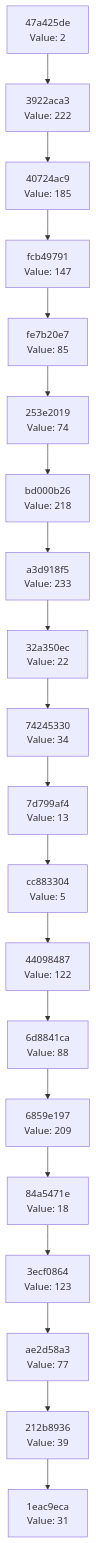
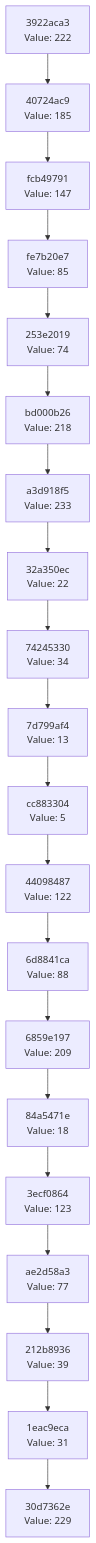
The diagram in docs/CHAIN_VISUALIZATION.md (Abhisheksinha1506/hash-chain-evolver), drawn with Mermaid before and after one commit. The commit also changed 1 other file, not shown here.

Commit message:
Evolution Step

````diff
--- a/docs/CHAIN_VISUALIZATION.md
+++ b/docs/CHAIN_VISUALIZATION.md
@@ -3,42 +3,42 @@
 ```mermaid
 graph TD
-    C0["1eac9eca<br/>Value: 31"]
-    C1["212b8936<br/>Value: 39"]
+    C0["30d7362e<br/>Value: 229"]
+    C1["1eac9eca<br/>Value: 31"]
     C1 --> C0
-    C2["ae2d58a3<br/>Value: 77"]
+    C2["212b8936<br/>Value: 39"]
     C2 --> C1
-    C3["3ecf0864<br/>Value: 123"]
+    C3["ae2d58a3<br/>Value: 77"]
     C3 --> C2
-    C4["84a5471e<br/>Value: 18"]
+    C4["3ecf0864<br/>Value: 123"]
     C4 --> C3
-    C5["6859e197<br/>Value: 209"]
+    C5["84a5471e<br/>Value: 18"]
     C5 --> C4
-    C6["6d8841ca<br/>Value: 88"]
+    C6["6859e197<br/>Value: 209"]
     C6 --> C5
-    C7["44098487<br/>Value: 122"]
+    C7["6d8841ca<br/>Value: 88"]
     C7 --> C6
-    C8["cc883304<br/>Value: 5"]
+    C8["44098487<br/>Value: 122"]
     C8 --> C7
-    C9["7d799af4<br/>Value: 13"]
+    C9["cc883304<br/>Value: 5"]
     C9 --> C8
-    C10["74245330<br/>Value: 34"]
+    C10["7d799af4<br/>Value: 13"]
     C10 --> C9
-    C11["32a350ec<br/>Value: 22"]
+    C11["74245330<br/>Value: 34"]
     C11 --> C10
-    C12["a3d918f5<br/>Value: 233"]
+    C12["32a350ec<br/>Value: 22"]
     C12 --> C11
-    C13["bd000b26<br/>Value: 218"]
+    C13["a3d918f5<br/>Value: 233"]
     C13 --> C12
-    C14["253e2019<br/>Value: 74"]
+    C14["bd000b26<br/>Value: 218"]
     C14 --> C13
-    C15["fe7b20e7<br/>Value: 85"]
+    C15["253e2019<br/>Value: 74"]
     C15 --> C14
-    C16["fcb49791<br/>Value: 147"]
+    C16["fe7b20e7<br/>Value: 85"]
     C16 --> C15
-    C17["40724ac9<br/>Value: 185"]
+    C17["fcb49791<br/>Value: 147"]
     C17 --> C16
-    C18["3922aca3<br/>Value: 222"]
+    C18["40724ac9<br/>Value: 185"]
     C18 --> C17
-    C19["47a425de<br/>Value: 2"]
+    C19["3922aca3<br/>Value: 222"]
     C19 --> C18
 ```
````
